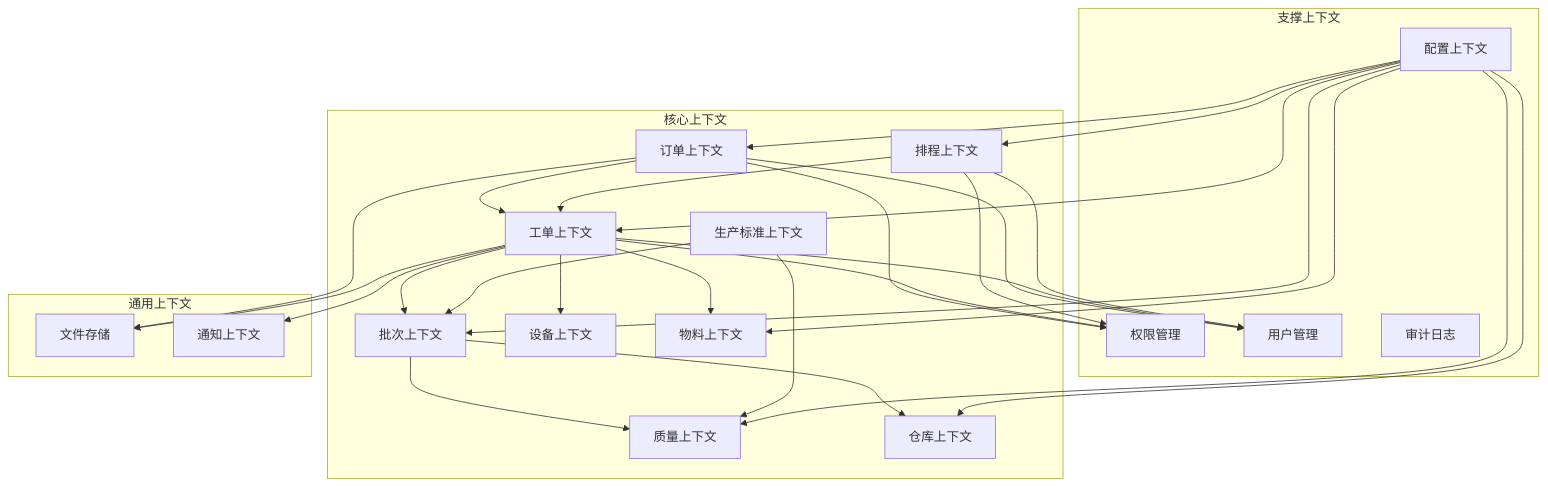
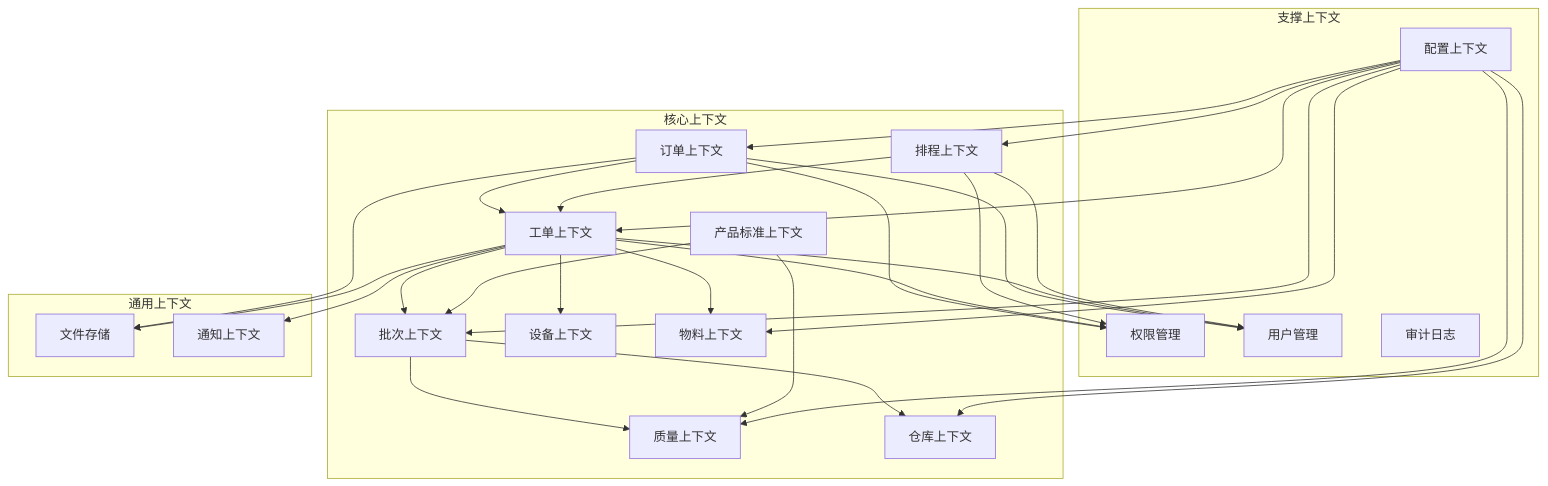
One commit to zhz151/MES changed the second of 4 diagrams in docs/02_架构设计.md. Above: the diagram before and after it, drawn with Mermaid. The commit also changed other lines of this file and 84 other files, not shown here.

````diff
--- a/docs/02_架构设计.md
+++ b/docs/02_架构设计.md
@@ -57,55 +57,55 @@
 ```mermaid
 graph TB
     subgraph 核心上下文
         A[订单上下文]
         B[工单上下文]
         C[批次上下文]
         D[质量上下文]
         E[仓库上下文]
         F[设备上下文]
         G[物料上下文]
         N[排程上下文]
-        O[生产标准上下文]
+        O[产品标准上下文]
     end
 
     subgraph 支撑上下文
         H[权限管理]
         I[用户管理]
         J[审计日志]
         P[配置上下文]
     end
 
     subgraph 通用上下文
         L[文件存储]
         M[通知上下文]
     end
 
     A --> B
     B --> C
     C --> D
     C --> E
     B --> F
     B --> G
     N --> B
     O --> D
     O --> C
 
     A --> H
     A --> I
     B --> H
     B --> I
     N --> H
     N --> I
     P --> A
     P --> B
     P --> C
     P --> N
     P --> D
     P --> E
     P --> G
 
     A --> L
     B --> L
 
     B --> M
 ```
````
